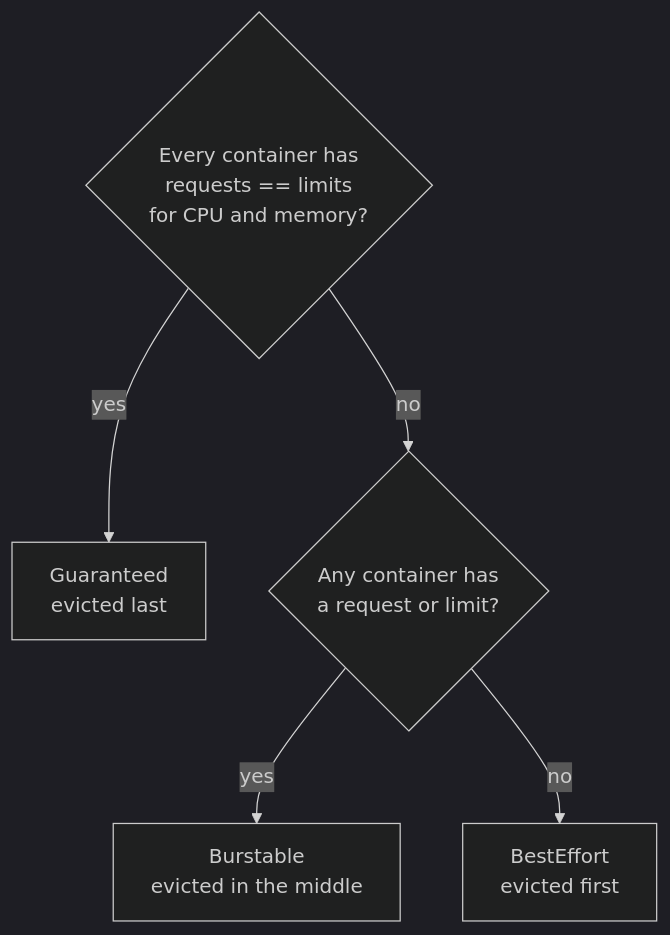
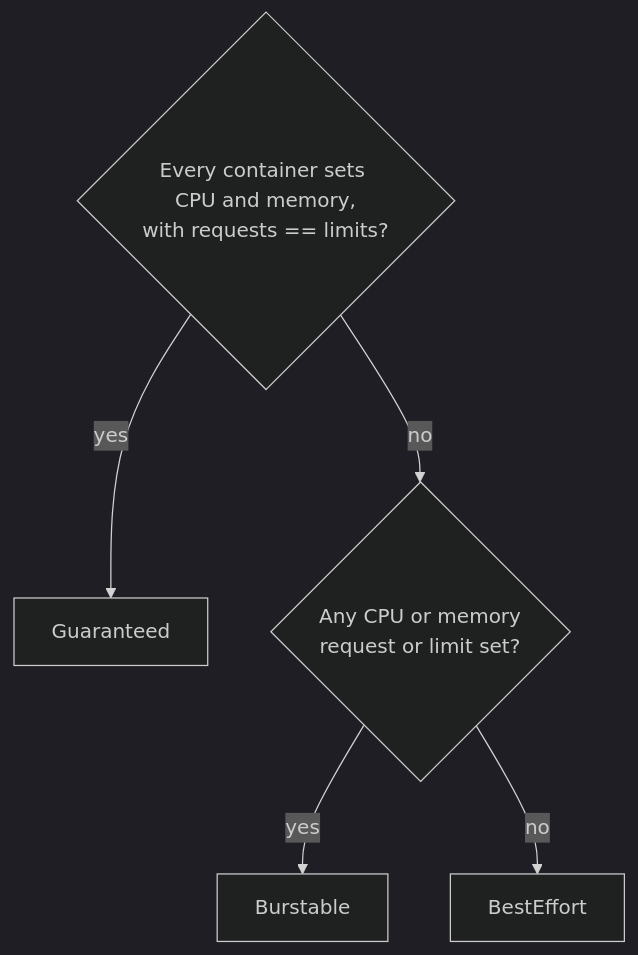
The third of 5 diagrams in github-pages/docs/technology/kubernetes/fundamentals-resources.md (AndrewAltimit/Documentation), drawn with Mermaid (dark theme) before and after one commit. The commit also changed other lines of this file and 240 other files, not shown here.

````diff
--- a/github-pages/docs/technology/kubernetes/fundamentals-resources.md
+++ b/github-pages/docs/technology/kubernetes/fundamentals-resources.md
@@ -199,8 +254,8 @@
 ```mermaid
 flowchart TD
-    Q{Every container has<br/>requests == limits<br/>for CPU and memory?}
-    Q -->|yes| G[Guaranteed<br/>evicted last]
-    Q -->|no| B{Any container has<br/>a request or limit?}
-    B -->|yes| Bu[Burstable<br/>evicted in the middle]
-    B -->|no| BE[BestEffort<br/>evicted first]
+    Q{"Every container sets CPU and memory,<br/>with requests == limits?"}
+    Q -->|yes| G["Guaranteed"]
+    Q -->|no| B{"Any CPU or memory<br/>request or limit set?"}
+    B -->|yes| Bu["Burstable"]
+    B -->|no| BE["BestEffort"]
 ```
````
